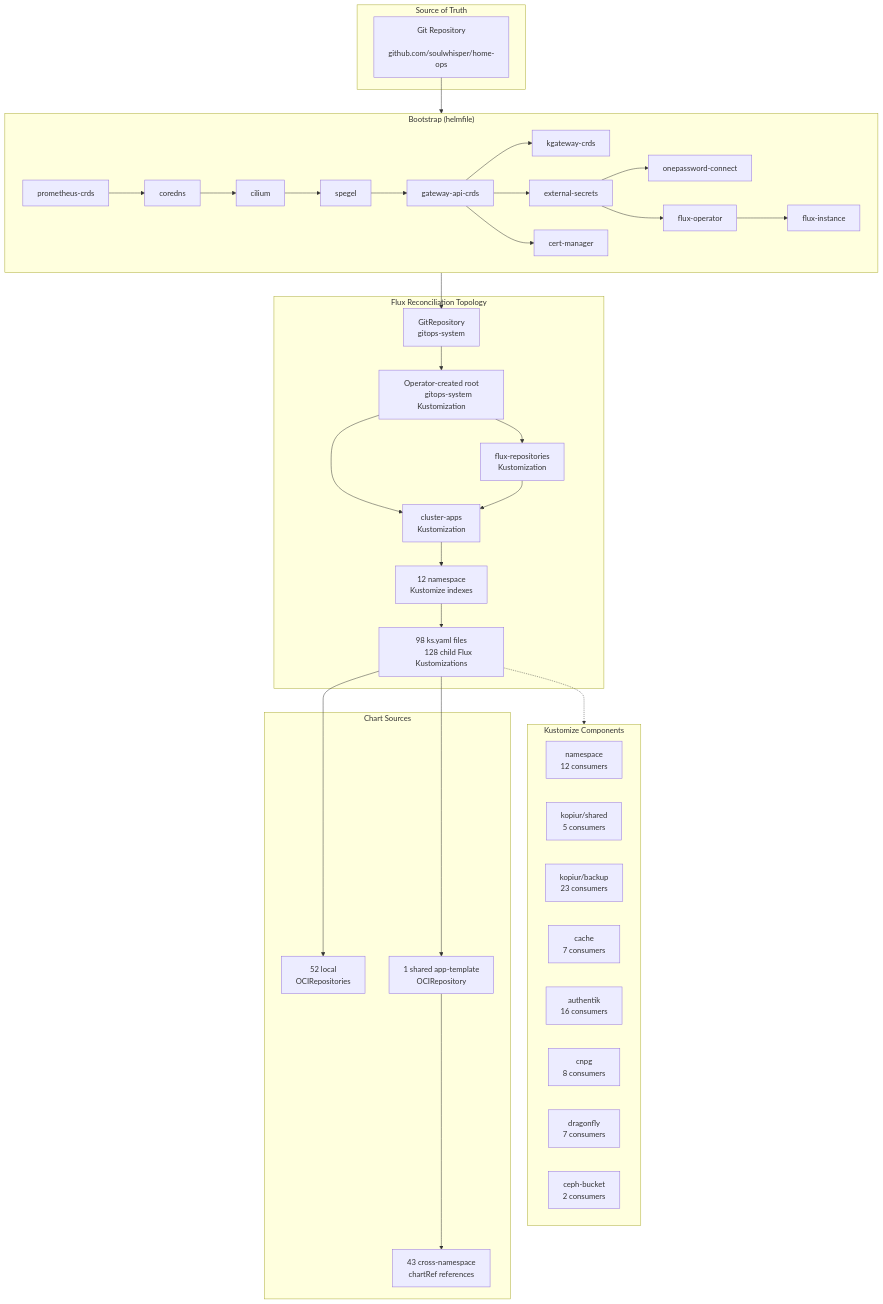
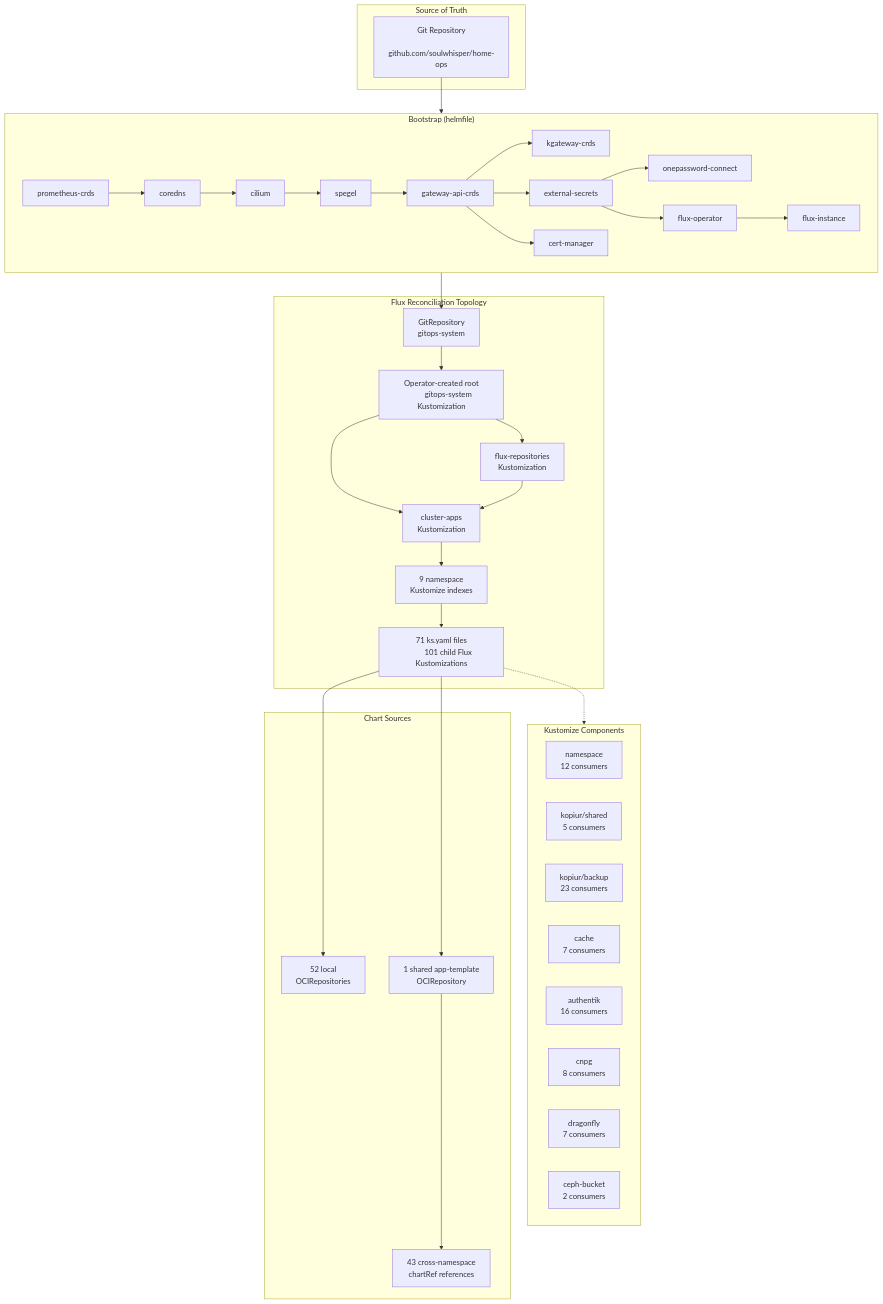
The diagram in docs/infrastructure/kubernetes.md (soulwhisper/home-ops), drawn with Mermaid before and after one commit. The commit also changed other lines of this file and 183 other files, not shown here.

````diff
--- a/docs/infrastructure/kubernetes.md
+++ b/docs/infrastructure/kubernetes.md
@@ -12,71 +12,71 @@
 ```mermaid
 flowchart TB
     subgraph Source["Source of Truth"]
         GIT["Git Repository
         github.com/soulwhisper/home-ops"]
     end
 
     subgraph Bootstrap["Bootstrap (helmfile)"]
         direction LR
         B1["prometheus-crds"] --> B2["coredns"]
         B2 --> B3["cilium"]
         B3 --> B4["spegel"]
         B4 --> B5["gateway-api-crds"]
         B5 --> B6["kgateway-crds"]
         B5 --> B7["external-secrets"]
         B5 --> B8["cert-manager"]
         B7 --> B9["onepassword-connect"]
         B7 --> B11["flux-operator"]
         B11 --> B12["flux-instance"]
     end
 
     subgraph FluxTopo["Flux Reconciliation Topology"]
         GR["GitRepository
         gitops-system"] --> ROOT["Operator-created root
         gitops-system Kustomization"]
         ROOT --> FR["flux-repositories
         Kustomization"]
         ROOT --> CA["cluster-apps
         Kustomization"]
         FR --> CA
-        CA --> NS["12 namespace
+        CA --> NS["9 namespace
         Kustomize indexes"]
-        NS --> APPS["98 ks.yaml files
-        128 child Flux Kustomizations"]
+        NS --> APPS["71 ks.yaml files
+        101 child Flux Kustomizations"]
     end
 
     subgraph Components["Kustomize Components"]
         NS_COMP["namespace
         12 consumers"]
         KOPIUR_SECRET["kopiur/shared
         5 consumers"]
         KOPIUR_BACKUP["kopiur/backup
         23 consumers"]
         CACHE["cache
         7 consumers"]
         AUTHENTIK["authentik
         16 consumers"]
         CNPG["cnpg
         8 consumers"]
         DRAGONFLY["dragonfly
         7 consumers"]
         CEPH["ceph-bucket
         2 consumers"]
     end
 
     subgraph Charts["Chart Sources"]
         OCI_OWN["52 local
         OCIRepositories"]
         OCI_TPL["1 shared app-template
         OCIRepository"]
         CROSS["43 cross-namespace
         chartRef references"]
     end
 
     GIT --> Bootstrap
     Bootstrap --> GR
     APPS -.-> Components
     APPS --> OCI_OWN
     APPS --> OCI_TPL
     OCI_TPL --> CROSS
 ```
````
